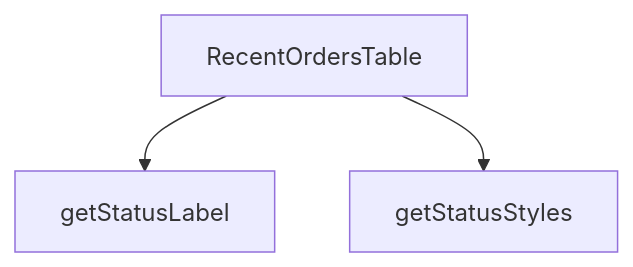
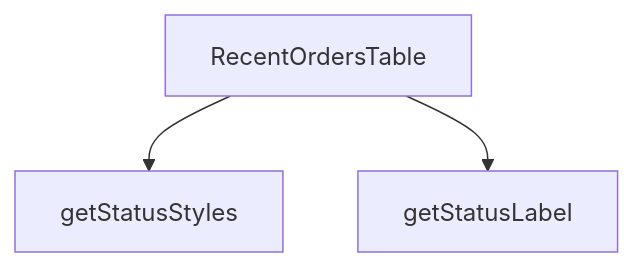
Before and after one commit to peckop/venthub-hvac-esite: the diagram in src/components/admin/dashboard/RecentOrdersTable.md, drawn with Mermaid. The commit also changed other lines of this file and 429 other files, not shown here.

````diff
--- a/src/components/admin/dashboard/RecentOrdersTable.md
+++ b/src/components/admin/dashboard/RecentOrdersTable.md
@@ -124,8 +139,8 @@
 ```mermaid
 graph TD
     RecentOrdersTable_tsx__RecentOrdersTable["RecentOrdersTable"]
     RecentOrdersTable_tsx__getStatusLabel["getStatusLabel"]
     RecentOrdersTable_tsx__getStatusStyles["getStatusStyles"]
+    RecentOrdersTable_tsx__RecentOrdersTable --> RecentOrdersTable_tsx__getStatusStyles
     RecentOrdersTable_tsx__RecentOrdersTable --> RecentOrdersTable_tsx__getStatusLabel
-    RecentOrdersTable_tsx__RecentOrdersTable --> RecentOrdersTable_tsx__getStatusStyles
 ```
````
